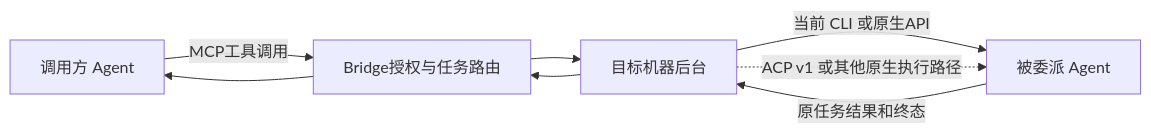
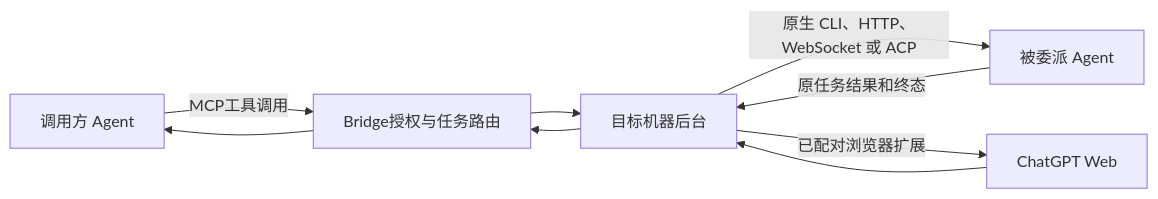
Before and after one commit to wsjq5477/MA-Relay: the diagram in doc/agent-integration-guide.md, drawn with Mermaid. The commit also changed other lines of this file and 16 other files, not shown here.

````diff
--- a/doc/agent-integration-guide.md
+++ b/doc/agent-integration-guide.md
@@ -21,10 +21,11 @@
 ```mermaid
 flowchart LR
   A[调用方 Agent] -->|MCP工具调用| B[Bridge授权与任务路由]
   B --> M[目标机器后台]
-  M -->|当前 CLI 或原生API| T[被委派 Agent]
-  M -.->|ACP v1 或其他原生执行路径| T
+  M -->|原生 CLI、HTTP、WebSocket 或 ACP| T[被委派 Agent]
+  M -->|已配对浏览器扩展| W[ChatGPT Web]
+  W --> M
   T -->|原任务结果和终态| M
   M --> B
   B --> A
 ```
````
